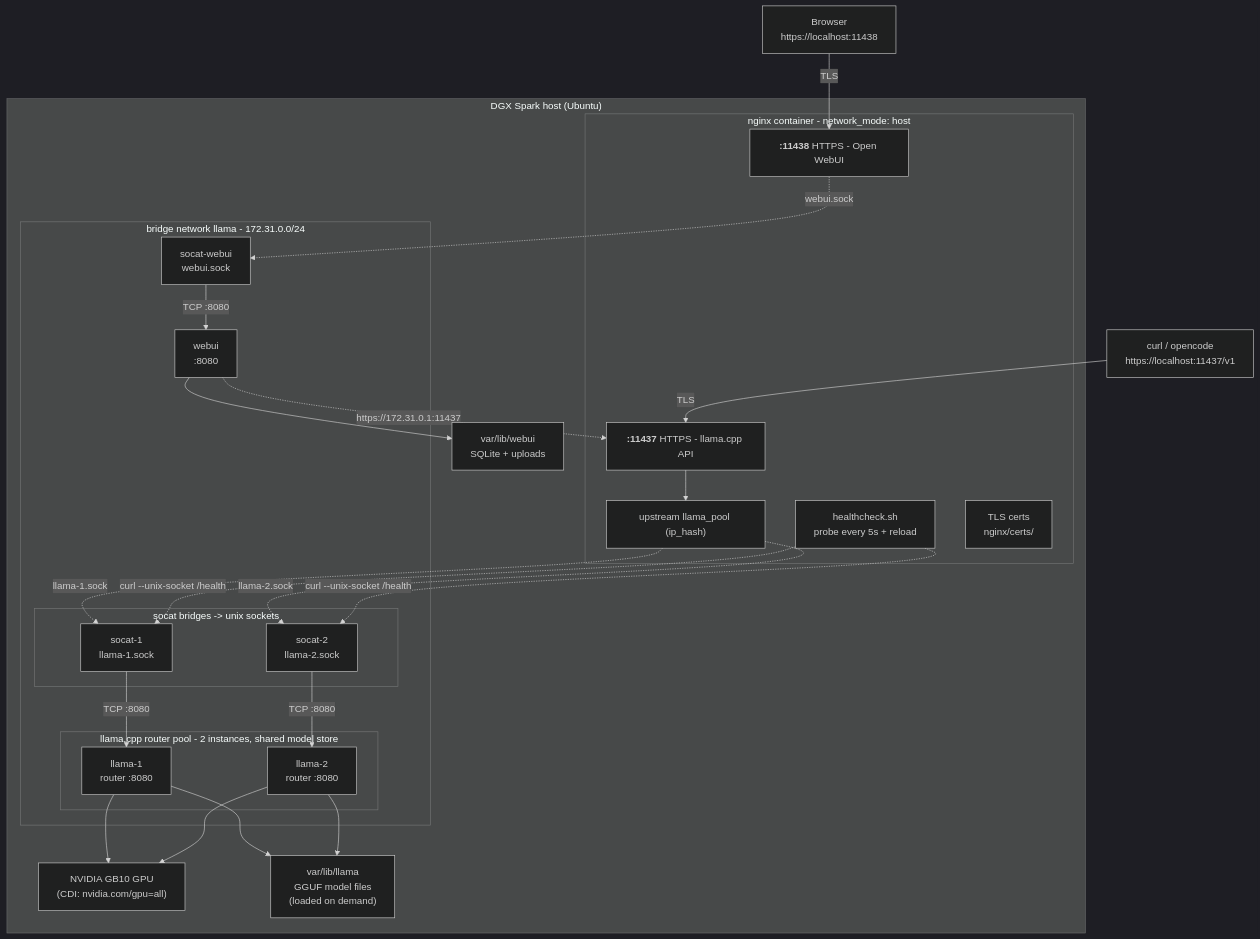
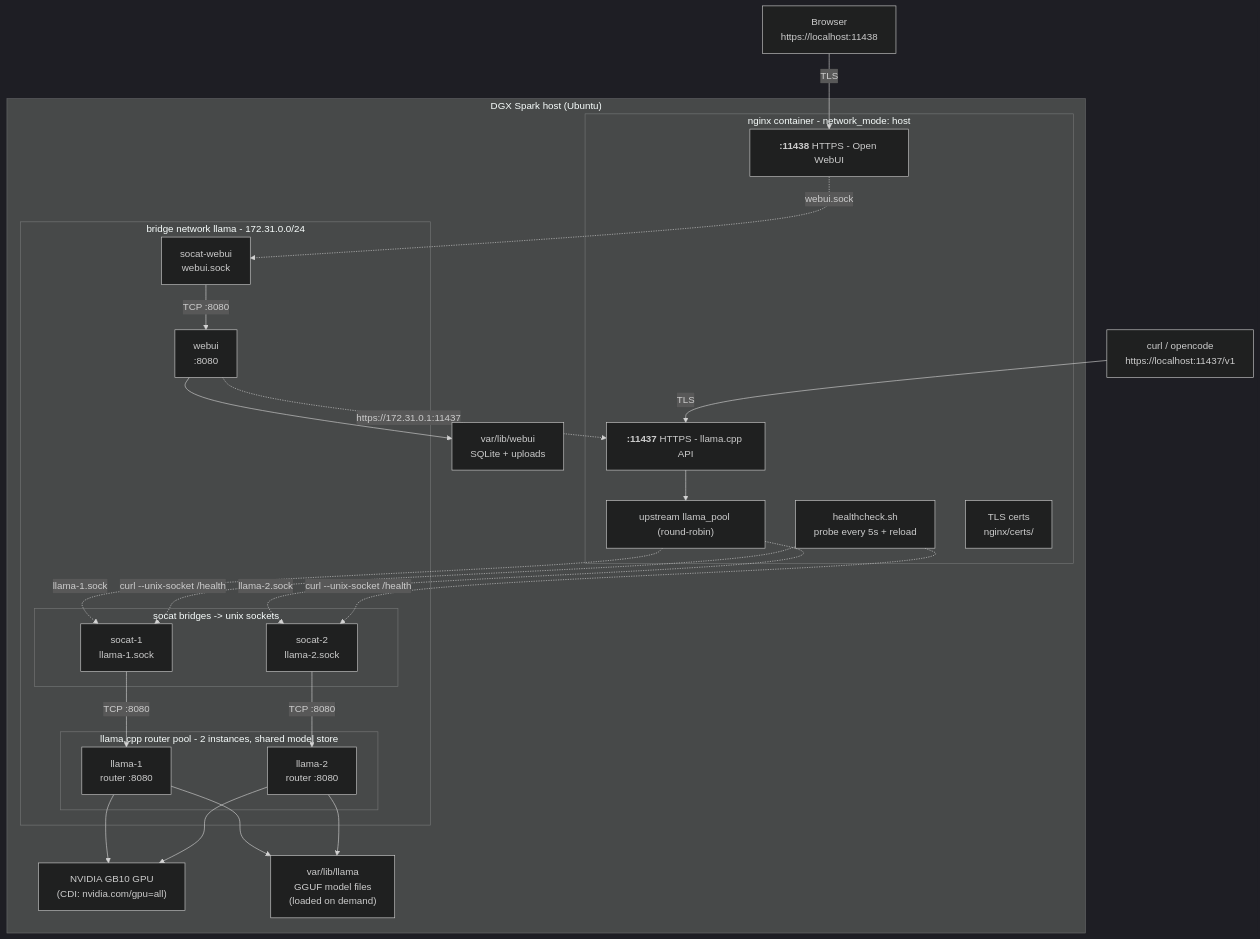
The diagram in docs/diagrams/architecture.mmd (SpotDraft/llamacpp-serve), drawn with Mermaid (dark theme) before and after one commit. The commit also changed 9 other files, not shown here.

```diff
--- a/docs/diagrams/architecture.mmd
+++ b/docs/diagrams/architecture.mmd
@@ -1,46 +1,46 @@
 flowchart TD
     CLI1["curl / opencode<br/>https://localhost:11437/v1"]
     CLI2["Browser<br/>https://localhost:11438"]
 
     subgraph HOST["DGX Spark host (Ubuntu)"]
         subgraph NGX["nginx container - network_mode: host"]
             LS11437["<b>:11437</b> HTTPS - llama.cpp API"]
             LS11438["<b>:11438</b> HTTPS - Open WebUI"]
-            UP["upstream llama_pool (ip_hash)"]
+            UP["upstream llama_pool (round-robin)"]
             HK["healthcheck.sh<br/>probe every 5s + reload"]
             CERTS["TLS certs<br/>nginx/certs/"]
         end
 
         subgraph NET["bridge network llama - 172.31.0.0/24"]
             subgraph POOL["llama.cpp router pool - 2 instances, shared model store"]
                 L1["llama-1<br/>router :8080"]
                 L2["llama-2<br/>router :8080"]
             end
             subgraph SOC["socat bridges -> unix sockets"]
                 S1["socat-1<br/>llama-1.sock"]
                 S2["socat-2<br/>llama-2.sock"]
             end
             W["webui<br/>:8080"]
             SW["socat-webui<br/>webui.sock"]
         end
 
         GPU["NVIDIA GB10 GPU<br/>(CDI: nvidia.com/gpu=all)"]
         MODELS["var/lib/llama<br/>GGUF model files<br/>(loaded on demand)"]
         DATA["var/lib/webui<br/>SQLite + uploads"]
     end
 
     CLI1 -->|TLS| LS11437
     CLI2 -->|TLS| LS11438
     LS11437 --> UP
     UP -.->|llama-1.sock| S1
     UP -.->|llama-2.sock| S2
     LS11438 -.->|webui.sock| SW
     S1 -->|TCP :8080| L1
     S2 -->|TCP :8080| L2
     SW -->|TCP :8080| W
     W -.->|https://172.31.0.1:11437| LS11437
     HK -.->|curl --unix-socket /health| S1
     HK -.->|curl --unix-socket /health| S2
     L1 & L2 --> GPU
     L1 & L2 --> MODELS
     W --> DATA
```
